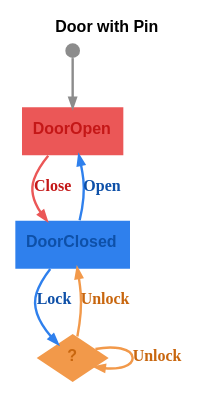
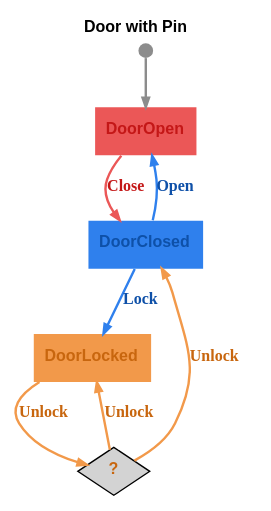
One commit to m-bock/purescript-transit changed the diagram in graphs/door-with-pin.dot. Above: the diagram before and after it, drawn with Graphviz. The commit also changed 2 other files, not shown here.

Commit message:
Refactor door state graph to include decision nodes for unlocking. Update DOT and SVG representations to reflect new decision structure and enhance visualization of state transitions.

```diff
--- a/graphs/door-with-pin.dot
+++ b/graphs/door-with-pin.dot
@@ -1,15 +1,16 @@
 digraph 
 {
 rankdir = "TD";fontname = "Arial";label = <<b>Door with Pin</b>>;labelloc = "t";fontsize = 12
 DoorOpen [shape = "box", label = <<b>DoorOpen</b>>, fontsize = 12, style = "filled", fillcolor = "#eb5757", fontcolor = "#c41717", fontname = "Arial", labelloc = "c", penwidth = 0.0]
 __Start__ [shape = "circle", label = "", width = 0.15, height = 0.15, fixedsize = true, style = "filled", fillcolor = "#8c8c8c", penwidth = 0.0]
 __Start__ -> DoorOpen [color = "#8c8c8c", fontsize = 12, arrowsize = "0.7", penwidth = 1.8]
 DoorOpen -> DoorClosed [color = "#eb5757", fontcolor = "#c41717", fontsize = 12, arrowsize = "0.7", label = <<b>Close</b>>, penwidth = 1.8]
 DoorClosed [shape = "box", label = <<b>DoorClosed</b>>, fontsize = 12, style = "filled", fillcolor = "#2f80ed", fontcolor = "#0e50a8", fontname = "Arial", labelloc = "c", penwidth = 0.0]
 DoorClosed -> DoorLocked [color = "#2f80ed", fontcolor = "#0e50a8", fontsize = 12, arrowsize = "0.7", label = <<b>Lock</b>>, penwidth = 1.8]
 DoorClosed -> DoorOpen [color = "#2f80ed", fontcolor = "#0e50a8", fontsize = 12, arrowsize = "0.7", label = <<b>Open</b>>, penwidth = 1.8]
 DoorLocked [shape = "box", label = <<b>DoorLocked</b>>, fontsize = 12, style = "filled", fillcolor = "#f2994a", fontcolor = "#c8660e", fontname = "Arial", labelloc = "c", penwidth = 0.0]
-DoorLocked [shape = "diamond", label = <<b>?</b>>, fontsize = 12, style = "filled", fontcolor = "#c8660e", fontname = "Arial"]
-DoorLocked -> DoorClosed [color = "#f2994a", fontcolor = "#c8660e", fontsize = 12, arrowsize = "0.7", label = <<b>Unlock</b>>, penwidth = 1.8]
-DoorLocked -> DoorLocked [color = "#f2994a", fontcolor = "#c8660e", fontsize = 12, arrowsize = "0.7", label = <<b>Unlock</b>>, penwidth = 1.8]
+decision_DoorLocked_Unlock [shape = "diamond", label = <<b>?</b>>, fontsize = 12, style = "filled", fontcolor = "#c8660e", fontname = "Arial"]
+DoorLocked -> decision_DoorLocked_Unlock [color = "#f2994a", fontcolor = "#c8660e", fontsize = 12, arrowsize = "0.7", label = <<b>Unlock</b>>, penwidth = 1.8]
+decision_DoorLocked_Unlock -> DoorClosed [color = "#f2994a", fontcolor = "#c8660e", fontsize = 12, arrowsize = "0.7", label = <<b>Unlock</b>>, penwidth = 1.8]
+decision_DoorLocked_Unlock -> DoorLocked [color = "#f2994a", fontcolor = "#c8660e", fontsize = 12, arrowsize = "0.7", label = <<b>Unlock</b>>, penwidth = 1.8]
 }
```
